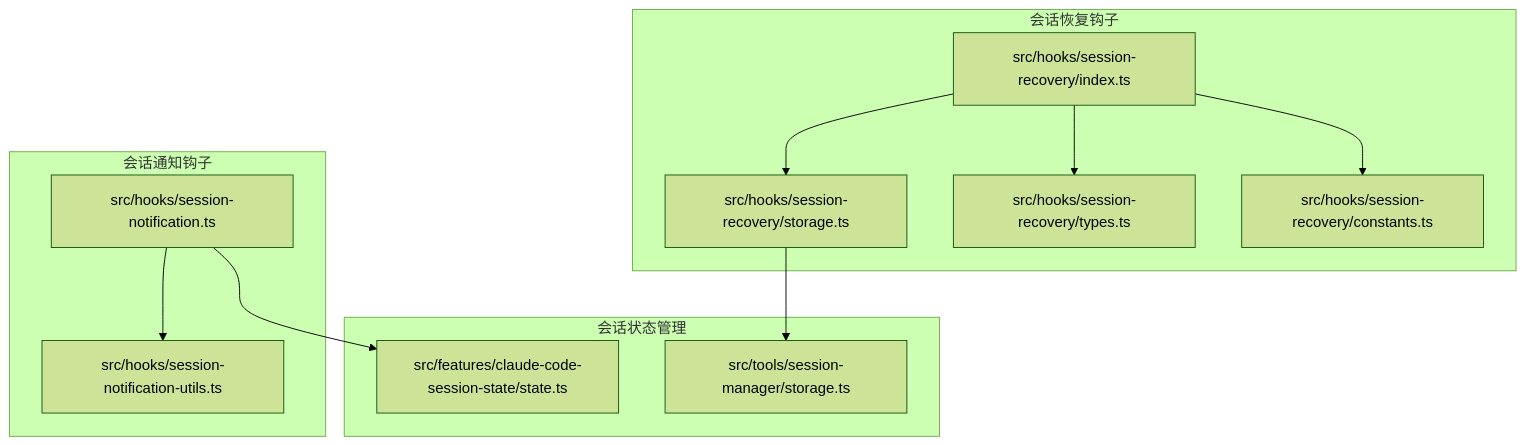
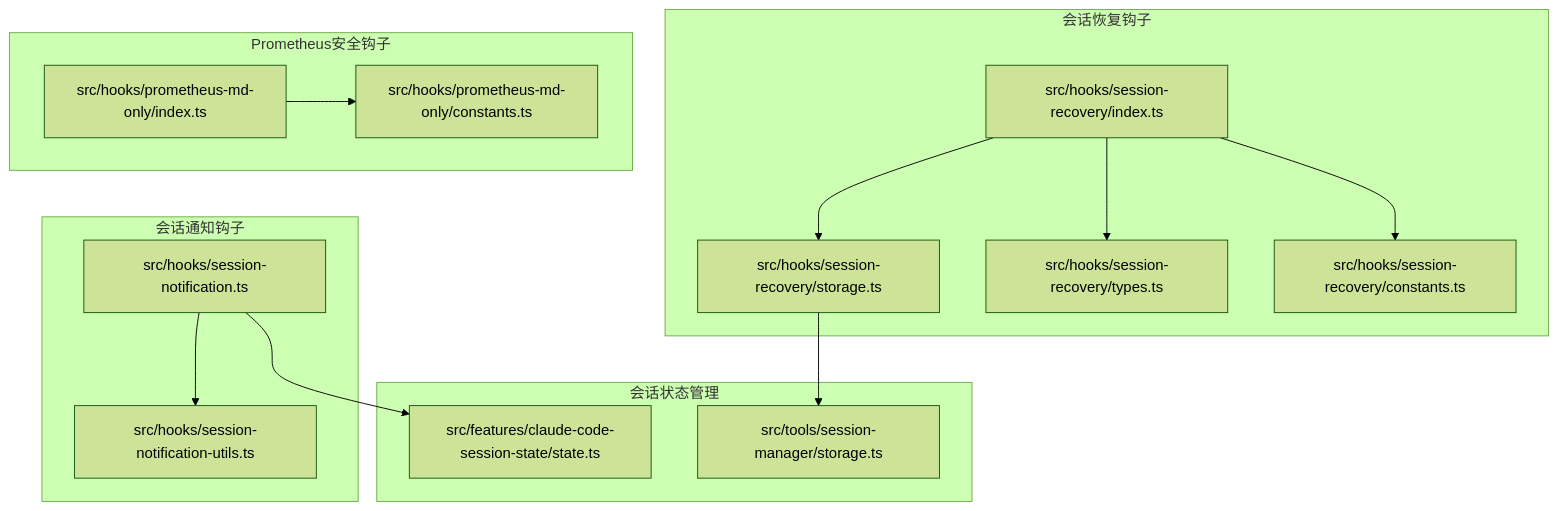
One commit to code-yeongyu/oh-my-openagent changed the first of 9 diagrams in .qoder/repowiki/zh/content/钩子系统/会话管理钩子.md. Above: the diagram before and after it, drawn with Mermaid (forest theme). The commit also changed other lines of this file and 61 other files, not shown here.

````diff
--- a/.qoder/repowiki/zh/content/钩子系统/会话管理钩子.md
+++ b/.qoder/repowiki/zh/content/钩子系统/会话管理钩子.md
@@ -42,23 +53,28 @@
 ```mermaid
 graph TB
 subgraph "会话恢复钩子"
 SR_Index[src/hooks/session-recovery/index.ts]
 SR_Storage[src/hooks/session-recovery/storage.ts]
 SR_Types[src/hooks/session-recovery/types.ts]
 SR_Constants[src/hooks/session-recovery/constants.ts]
 end
 subgraph "会话通知钩子"
 SN_Index[src/hooks/session-notification.ts]
 SN_Utils[src/hooks/session-notification-utils.ts]
 end
 subgraph "会话状态管理"
 SS_State[src/features/claude-code-session-state/state.ts]
 SM_Storage[src/tools/session-manager/storage.ts]
 end
+subgraph "Prometheus安全钩子"
+PM_Index[src/hooks/prometheus-md-only/index.ts]
+PM_Constants[src/hooks/prometheus-md-only/constants.ts]
+end
 SR_Index --> SR_Storage
 SR_Index --> SR_Types
 SR_Index --> SR_Constants
 SN_Index --> SN_Utils
 SN_Index --> SS_State
 SR_Storage --> SM_Storage
+PM_Index --> PM_Constants
 ```
````
